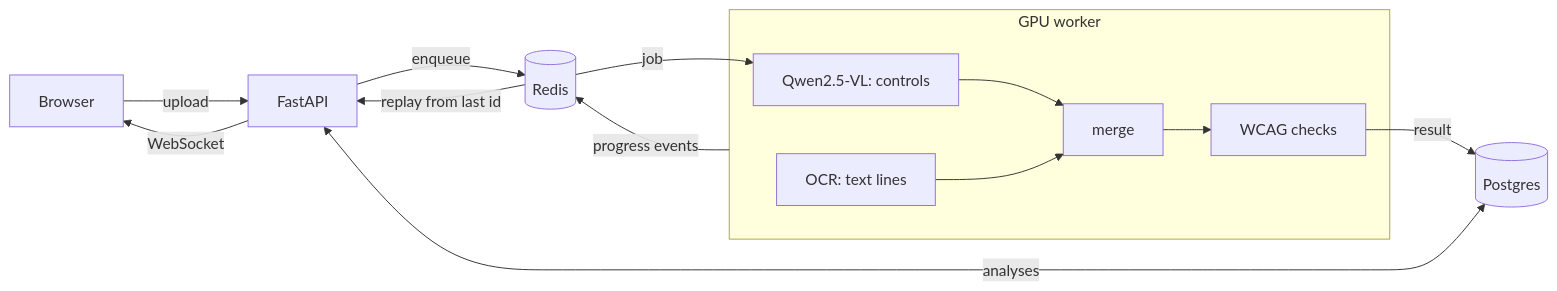
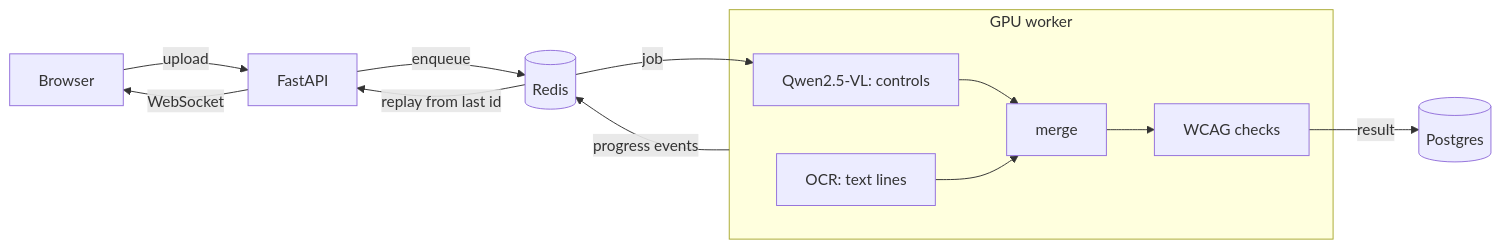
One commit to swapnil5053/Prism changed the diagram in README.md. Above: the diagram before and after it, drawn with Mermaid. The commit also changed other lines of this file and 4 other files, not shown here.

````diff
--- a/README.md
+++ b/README.md
@@ -16,16 +42,15 @@
 ```mermaid
 flowchart LR
     B[Browser] -->|upload| A[FastAPI]
     A -->|enqueue| R[(Redis)]
     R -->|job| D
     subgraph W[GPU worker]
         D[Qwen2.5-VL: controls] --> M[merge]
         O[OCR: text lines] --> M
         M --> C[WCAG checks]
     end
     C -->|result| P[(Postgres)]
     W -->|progress events| R
     R -->|replay from last id| A
     A -->|WebSocket| B
-    A <-->|analyses| P
 ```
````
